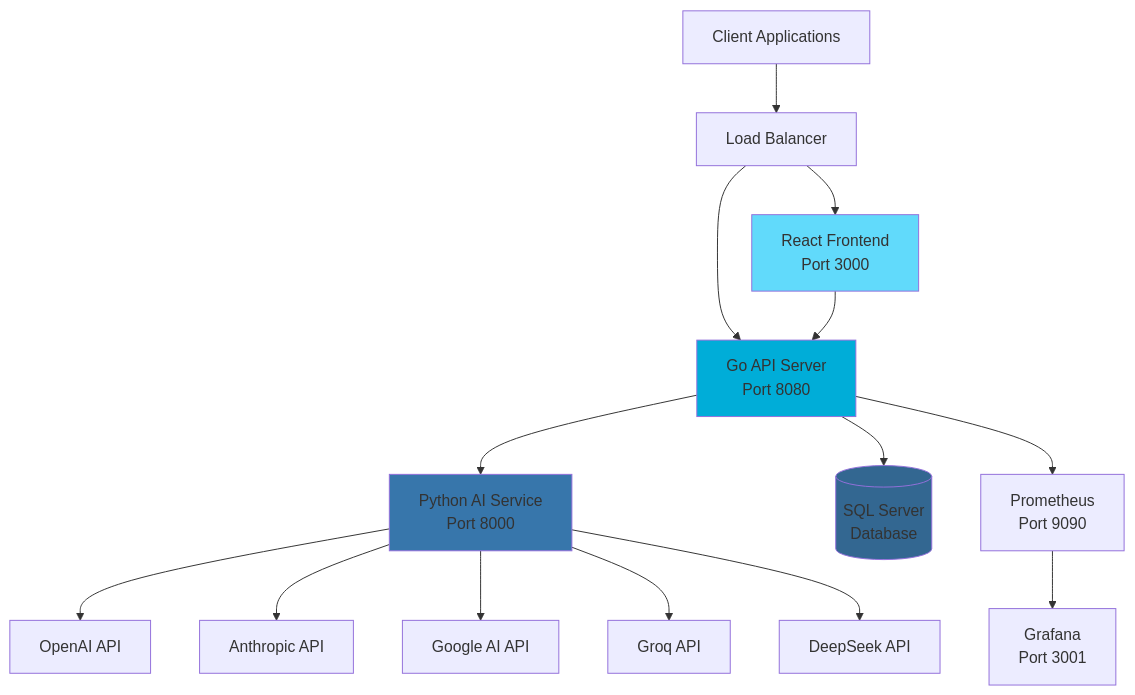
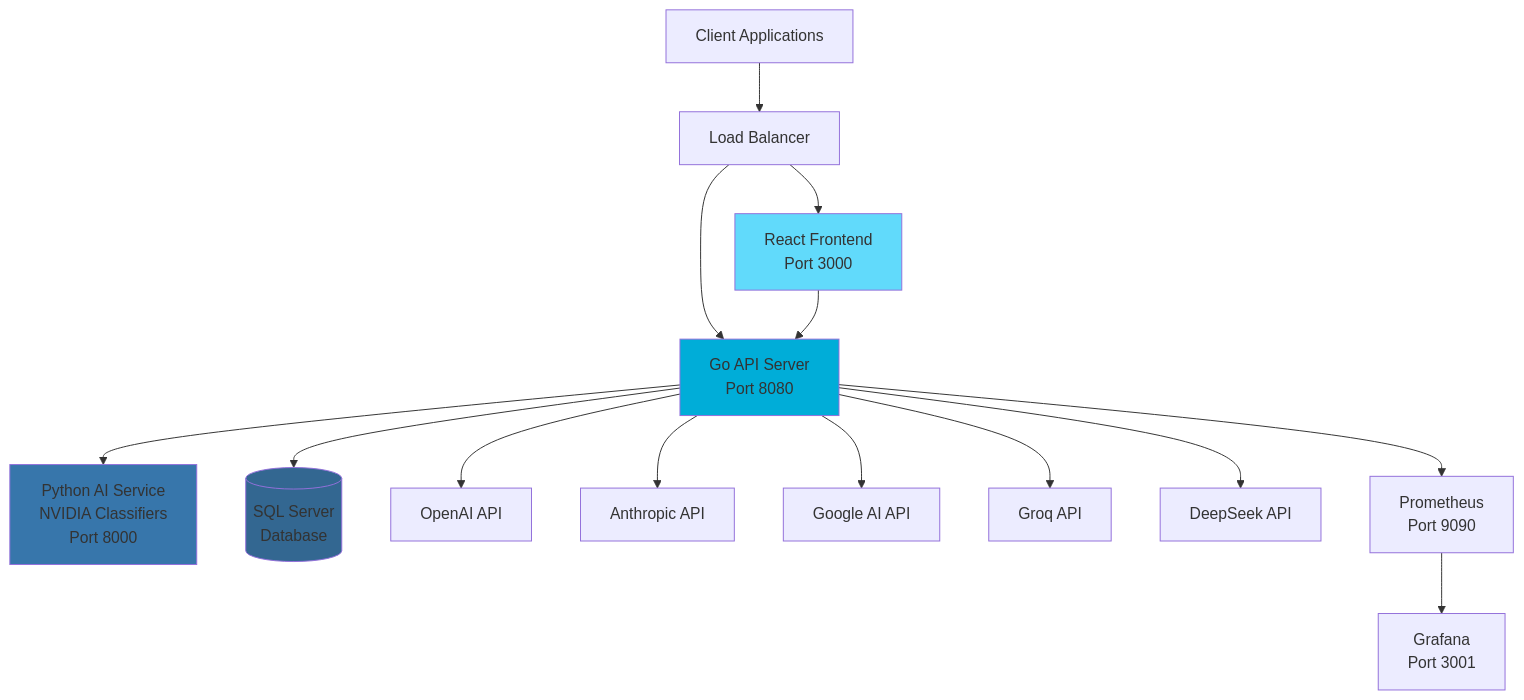
The diagram in README.md (Egham-7/adaptive), drawn with Mermaid before and after one commit. The commit also changed other lines of this file, not shown here.

Commit message:
Update README to highlight NVIDIA integration and React 19
Emphasizes NVIDIA-powered ML classifiers throughout documentation,
updates React version badge to 19, and clarifies Go service handles
provider connections while

````diff
--- a/README.md
+++ b/README.md
@@ -183,24 +183,24 @@
 ```mermaid
 graph TB
     Client[Client Applications] --> LB[Load Balancer]
     LB --> Frontend[React Frontend<br/>Port 3000]
     LB --> Backend[Go API Server<br/>Port 8080]
-    
+
     Frontend --> Backend
-    Backend --> AI[Python AI Service<br/>Port 8000]
+    Backend --> AI[Python AI Service<br/>NVIDIA Classifiers<br/>Port 8000]
     Backend --> DB[(SQL Server<br/>Database)]
     
-    AI --> OpenAI[OpenAI API]
-    AI --> Anthropic[Anthropic API]
-    AI --> Google[Google AI API]
-    AI --> Groq[Groq API]
-    AI --> DeepSeek[DeepSeek API]
-    
+    Backend --> OpenAI[OpenAI API]
+    Backend --> Anthropic[Anthropic API]
+    Backend --> Google[Google AI API]
+    Backend --> Groq[Groq API]
+    Backend --> DeepSeek[DeepSeek API]
+
     Backend --> Prometheus[Prometheus<br/>Port 9090]
     Prometheus --> Grafana[Grafana<br/>Port 3001]
-    
+
     style Frontend fill:#61dafb
     style Backend fill:#00add8
     style AI fill:#3776ab
     style DB fill:#336791
 ```
````
